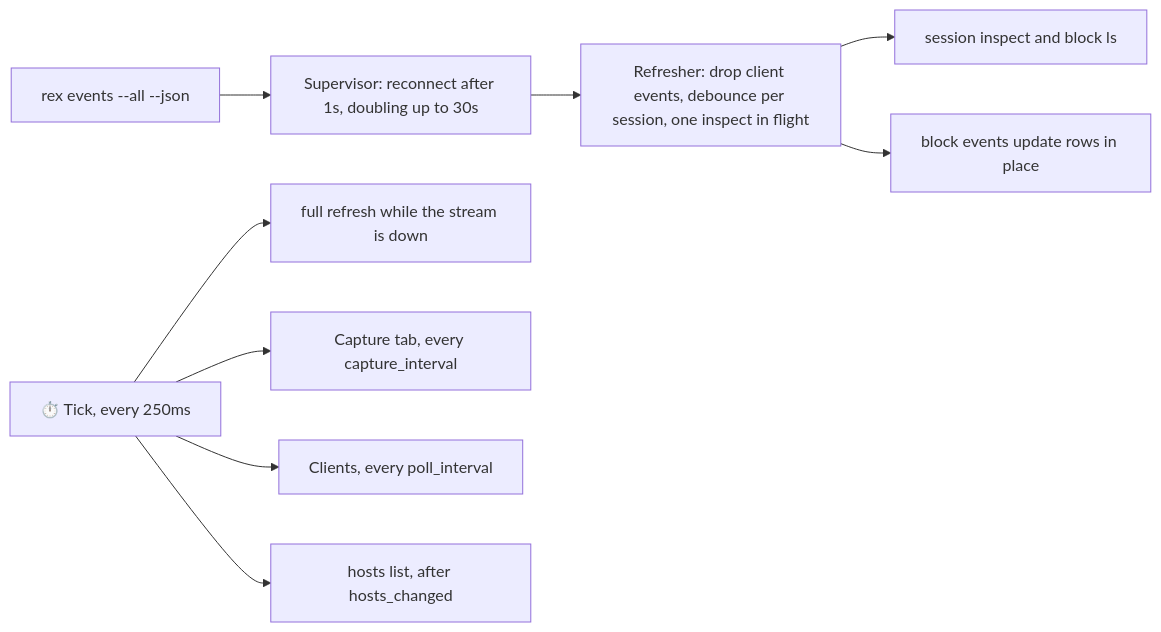
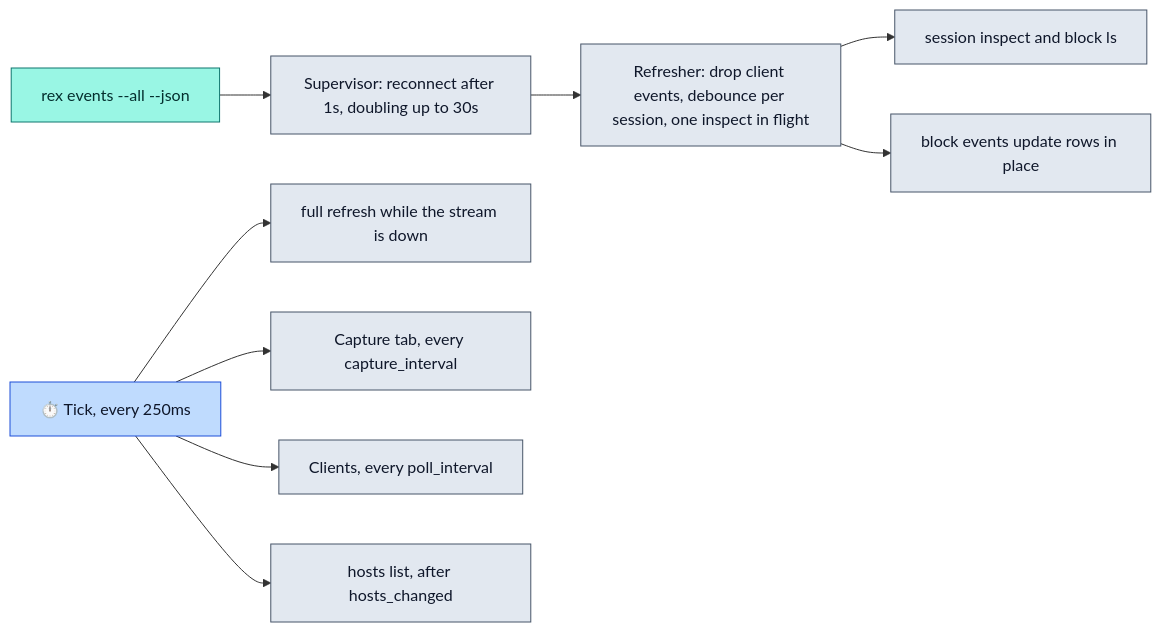
One commit to rbobillot/lazyrex changed the third of 3 diagrams in docs/architecture.md. Above: the diagram before and after it, drawn with Mermaid. The commit also changed other lines of this file and 11 other files, not shown here.

Commit message:
docs: color the mermaid diagrams

````diff
--- a/docs/architecture.md
+++ b/docs/architecture.md
@@ -78,11 +98,21 @@
 ```mermaid
 flowchart LR
     stream["rex events --all --json"] --> sup["Supervisor: reconnect after 1s, doubling up to 30s"]
     sup --> ref["Refresher: drop client events, debounce per session, one inspect in flight"]
     ref --> inspect["session inspect and block ls"]
     ref --> live["block events update rows in place"]
     tick["⏱️ Tick, every 250ms"] --> poll["full refresh while the stream is down"]
     tick --> cap["Capture tab, every capture_interval"]
     tick --> clients["Clients, every poll_interval"]
     tick --> hosts["hosts list, after hosts_changed"]
+    classDef entry fill:#bfdbfe,stroke:#1d4ed8,color:#0f172a
+    classDef step fill:#e2e8f0,stroke:#475569,color:#0f172a
+    classDef decision fill:#fde68a,stroke:#b45309,color:#1c1917
+    classDef caution fill:#fed7aa,stroke:#c2410c,color:#1c1917
+    classDef success fill:#bbf7d0,stroke:#15803d,color:#052e16
+    classDef failure fill:#fecaca,stroke:#b91c1c,color:#450a0a
+    classDef rexside fill:#99f6e4,stroke:#0f766e,color:#042f2e
+    class tick entry
+    class sup,ref,inspect,live,poll,cap,clients,hosts step
+    class stream rexside
 ```
````
